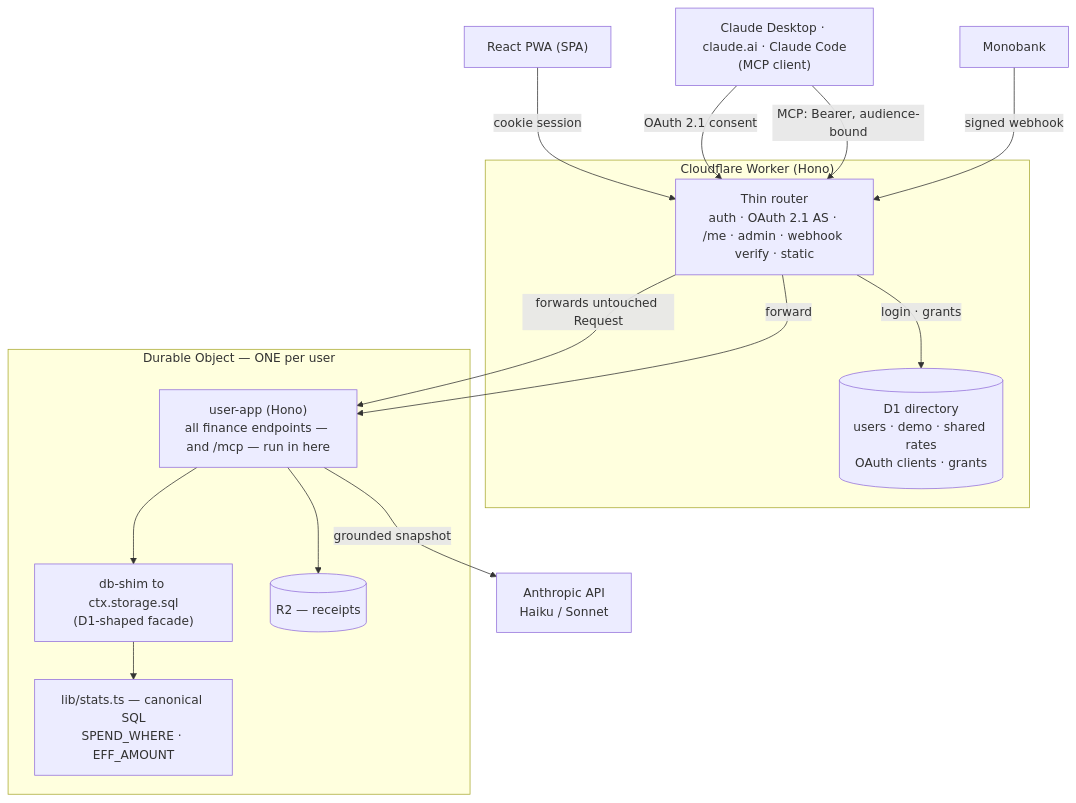
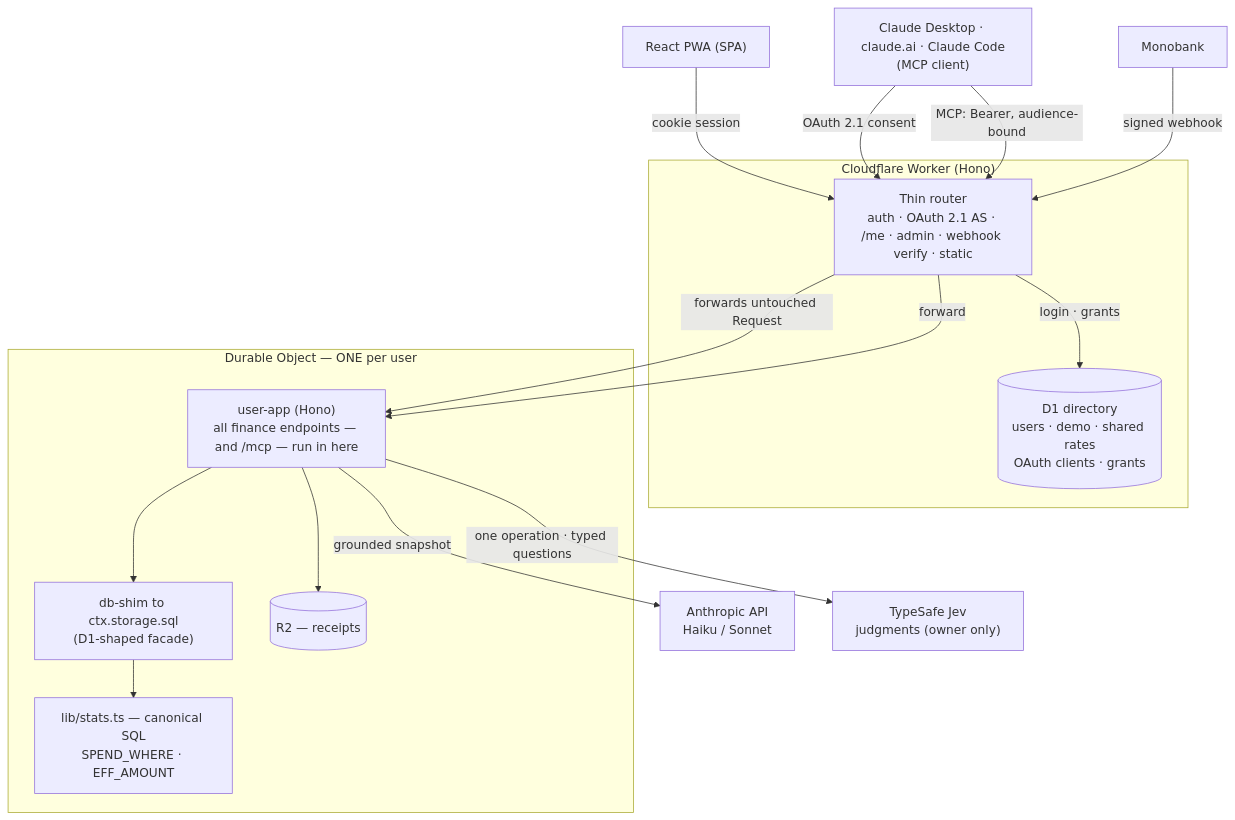
Before and after one commit to ITalik-gr/money-track: the diagram in README.md, drawn with Mermaid. The commit also changed other lines of this file and 37 other files, not shown here.

````diff
--- a/README.md
+++ b/README.md
@@ -77,31 +80,33 @@
 ```mermaid
 flowchart TB
     Browser["React PWA (SPA)"]
 
     subgraph Worker["Cloudflare Worker (Hono)"]
         Router["Thin router<br/>auth · OAuth 2.1 AS · /me · admin · webhook verify · static"]
         Directory[("D1 directory<br/>users · demo · shared rates<br/>OAuth clients · grants")]
     end
 
     subgraph DO["Durable Object — ONE per user"]
         UserApp["user-app (Hono)<br/>all finance endpoints — and /mcp — run in here"]
         Shim["db-shim to ctx.storage.sql<br/>(D1-shaped facade)"]
         Canon["lib/stats.ts — canonical SQL<br/>SPEND_WHERE · EFF_AMOUNT"]
         R2[("R2 — receipts")]
     end
 
     Anthropic["Anthropic API<br/>Haiku / Sonnet"]
+    TypeSafe["TypeSafe Jev<br/>judgments (owner only)"]
     Mono["Monobank"]
     Claude["Claude Desktop · claude.ai · Claude Code<br/>(MCP client)"]
 
     Browser -->|"cookie session"| Router
     Claude -->|"OAuth 2.1 consent"| Router
     Claude -->|"MCP: Bearer, audience-bound"| Router
     Router -->|"forwards untouched Request"| UserApp
     UserApp --> Shim --> Canon
     UserApp --> R2
     UserApp -->|"grounded snapshot"| Anthropic
+    UserApp -->|"one operation · typed questions"| TypeSafe
     Router -->|"login · grants"| Directory
     Mono -->|"signed webhook"| Router
     Router -->|"forward"| UserApp
 ```
````
